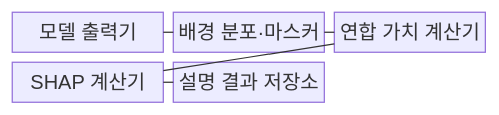
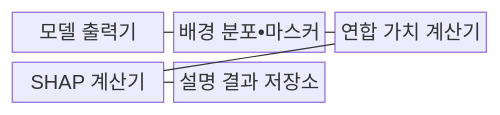
The first of 2 diagrams in src/content/docs/notes/08-latest-tech/106_shap.md (agnusdei1207/knowledge-base), drawn with Mermaid before and after one commit. The commit also changed other lines of this file and 953 other files, not shown here.

````diff
--- a/src/content/docs/notes/08-latest-tech/106_shap.md
+++ b/src/content/docs/notes/08-latest-tech/106_shap.md
@@ -72,13 +72,13 @@
 ```mermaid
 block-beta
     columns 3
     M["모델 출력기"]
-    B["배경 분포·마스커"]
+    B["배경 분포•마스커"]
     C["연합 가치 계산기"]
     S["SHAP 계산기"]
     R["설명 결과 저장소"]
     M --- B
     B --- C
     C --- S
     S --- R
 ```
````
